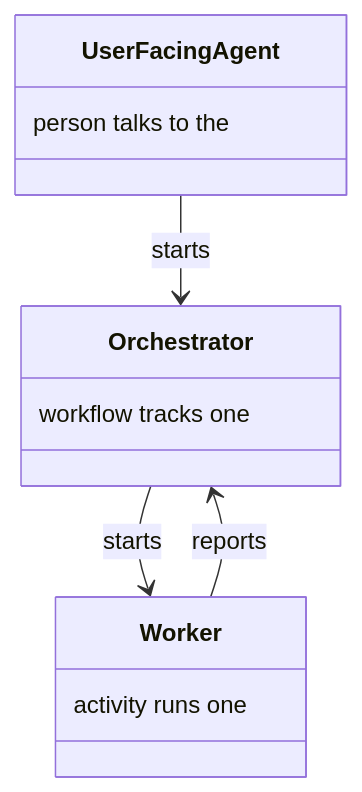
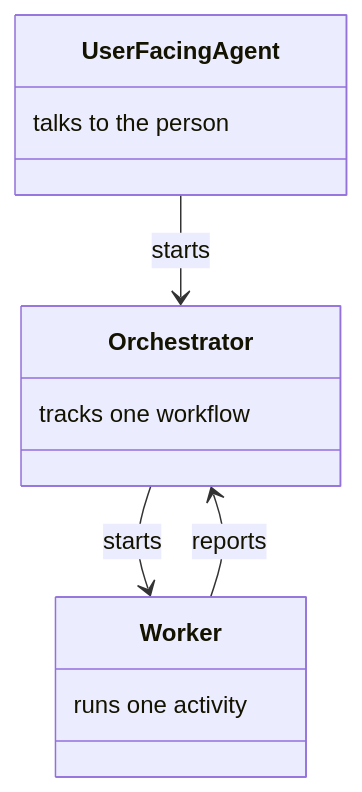
One commit to m2ux/workflow-server changed the second of 18 diagrams in docs/dispatch.md. Above: the diagram before and after it, drawn with Mermaid. The commit also changed other lines of this file and 10 other files, not shown here.

Commit message:
Write each class-box note in reading order so the diagram shows the phrase as written.

````diff
--- a/docs/dispatch.md
+++ b/docs/dispatch.md
@@ -28,15 +28,15 @@
 ```mermaid
 classDiagram
   class UserFacingAgent {
-    person talks to the
+    talks to the person
   }
   class Orchestrator {
-    workflow tracks one
+    tracks one workflow
   }
   class Worker {
-    activity runs one
+    runs one activity
   }
   UserFacingAgent --> Orchestrator : starts
   Orchestrator --> Worker : starts
   Worker --> Orchestrator : reports
 ```
````
